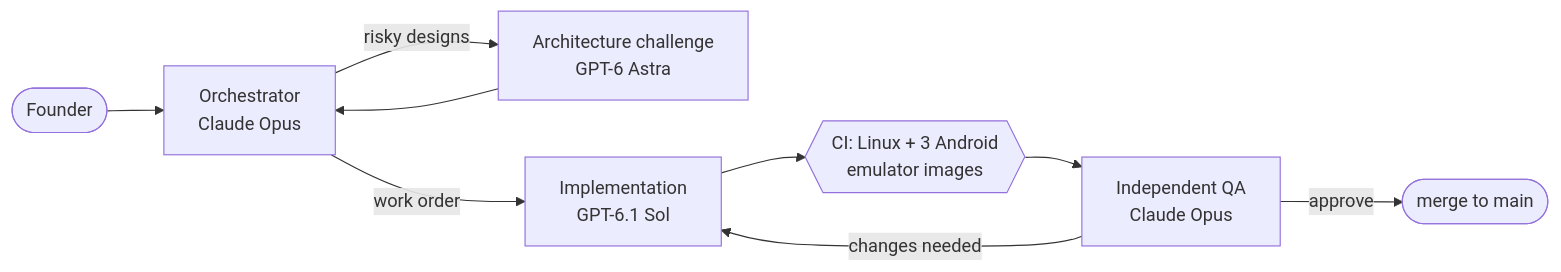
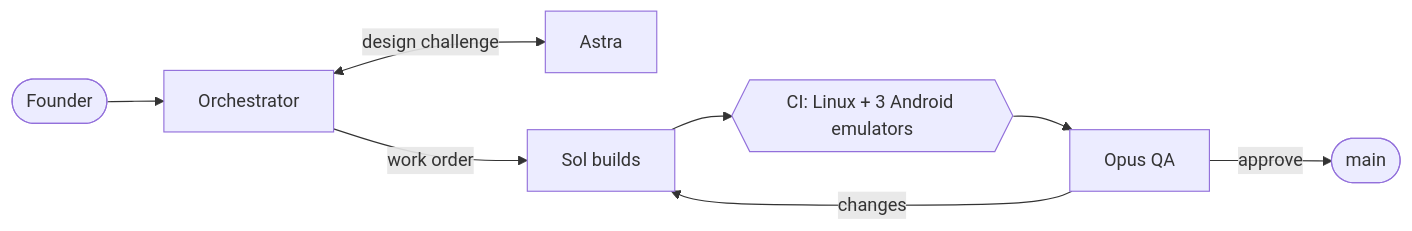
One commit to sayenah/ES-DE-Plus changed the diagram in .github/README.md. Above: the diagram before and after it, drawn with Mermaid. The commit also changed other lines of this file, not shown here.

Commit message:
Front page: simpler milestone table and workflow diagram

````diff
--- a/.github/README.md
+++ b/.github/README.md
@@ -85,11 +85,10 @@
 ```mermaid
 flowchart LR
-    F([Founder]) --> O[Orchestrator<br/>Claude Opus]
-    O -- risky designs --> A[Architecture challenge<br/>GPT-6 Astra]
-    A --> O
-    O -- work order --> S[Implementation<br/>GPT-6.1 Sol]
-    S --> CI{{CI: Linux + 3 Android<br/>emulator images}}
-    CI --> Q[Independent QA<br/>Claude Opus]
-    Q -- changes needed --> S
-    Q -- approve --> M([merge to main])
+    F([Founder]) --> O[Orchestrator]
+    O <-->|design challenge| A[Astra]
+    O -->|work order| S[Sol builds]
+    S --> CI{{CI: Linux + 3 Android emulators}}
+    CI --> Q[Opus QA]
+    Q -->|changes| S
+    Q -->|approve| M([main])
 ```
````
